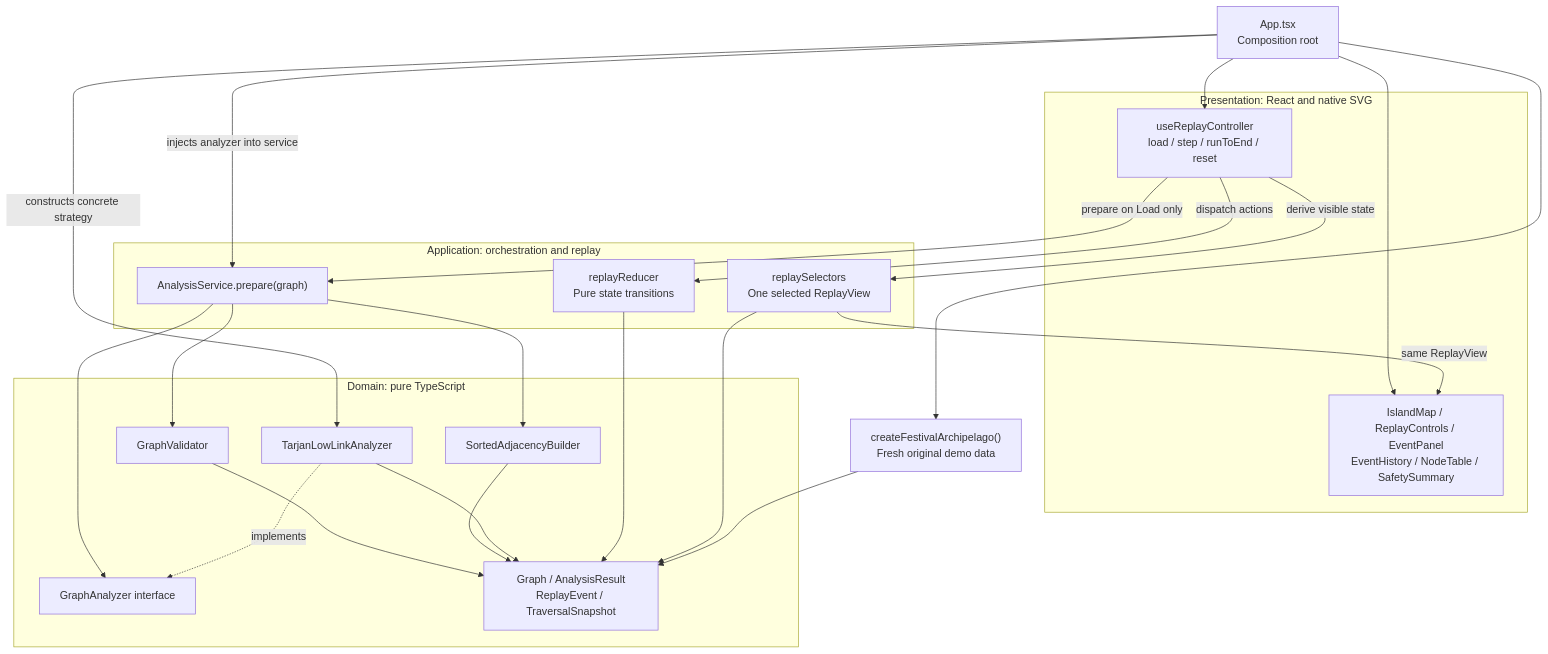
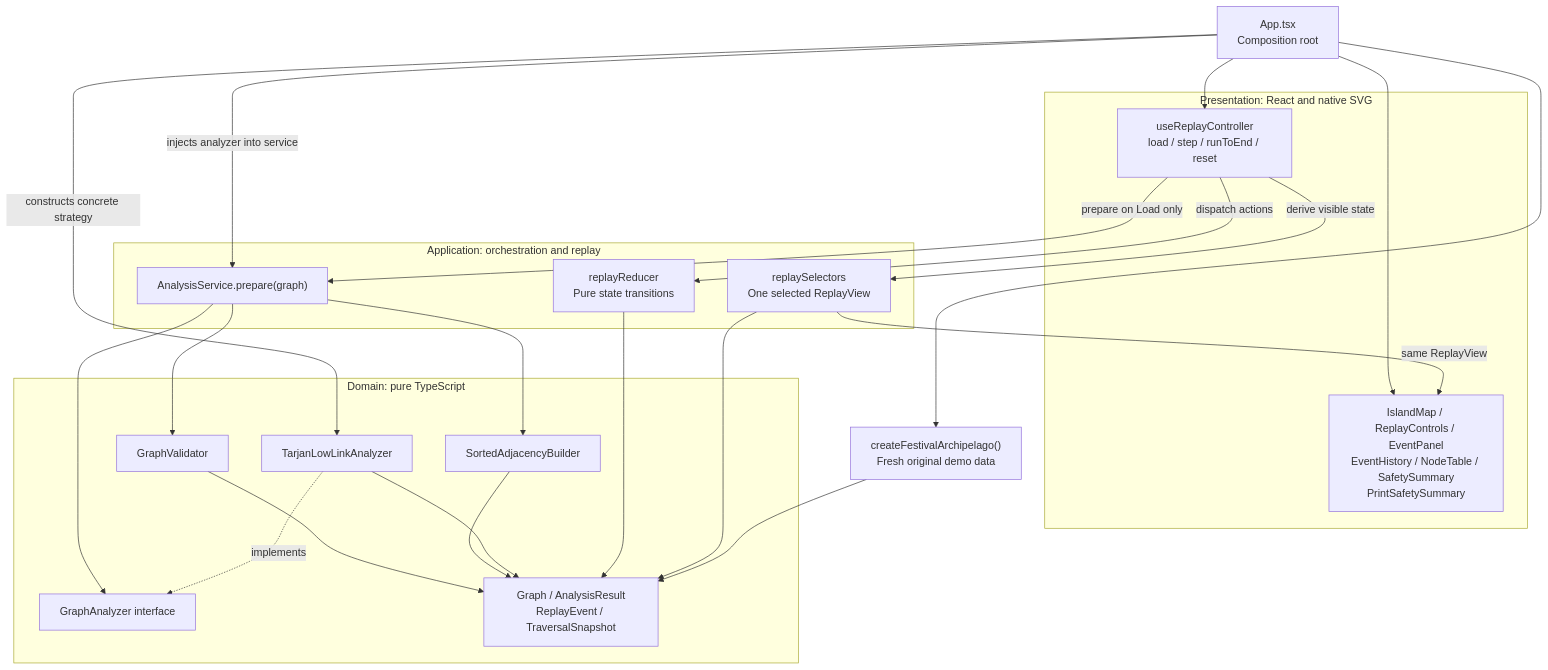
One commit to sonisiiuu7/treasure-island-map changed the diagram in docs/diagrams/architecture.mmd. Above: the diagram before and after it, drawn with Mermaid. The commit also changed 25 other files, not shown here.

Commit message:
Stabilize replay verification and add animation and print summary

```diff
--- a/docs/diagrams/architecture.mmd
+++ b/docs/diagrams/architecture.mmd
@@ -1,43 +1,43 @@
 flowchart TB
     App["App.tsx<br/>Composition root"]
 
     subgraph Presentation["Presentation: React and native SVG"]
         Controller["useReplayController<br/>load / step / runToEnd / reset"]
-        Panels["IslandMap / ReplayControls / EventPanel<br/>EventHistory / NodeTable / SafetySummary"]
+        Panels["IslandMap / ReplayControls / EventPanel<br/>EventHistory / NodeTable / SafetySummary<br/>PrintSafetySummary"]
     end
 
     subgraph Application["Application: orchestration and replay"]
         Service["AnalysisService.prepare(graph)"]
         Reducer["replayReducer<br/>Pure state transitions"]
         Selectors["replaySelectors<br/>One selected ReplayView"]
     end
 
     subgraph Domain["Domain: pure TypeScript"]
         Validate["GraphValidator"]
         Build["SortedAdjacencyBuilder"]
         Contract["GraphAnalyzer interface"]
         Tarjan["TarjanLowLinkAnalyzer"]
         Models["Graph / AnalysisResult<br/>ReplayEvent / TraversalSnapshot"]
     end
 
     Factory["createFestivalArchipelago()<br/>Fresh original demo data"]
 
     App --> Controller
     App --> Panels
     App --> Factory
     App -->|"injects analyzer into service"| Service
     App -->|"constructs concrete strategy"| Tarjan
     Controller -->|"prepare on Load only"| Service
     Controller -->|"dispatch actions"| Reducer
     Controller -->|"derive visible state"| Selectors
     Selectors -->|"same ReplayView"| Panels
     Service --> Validate
     Service --> Build
     Service --> Contract
     Tarjan -.->|"implements"| Contract
     Validate --> Models
     Build --> Models
     Tarjan --> Models
     Reducer --> Models
     Selectors --> Models
     Factory --> Models
```
